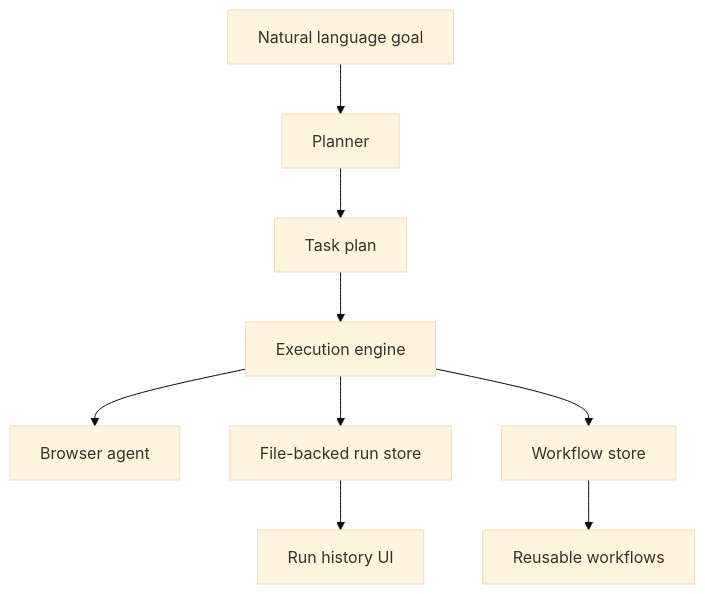
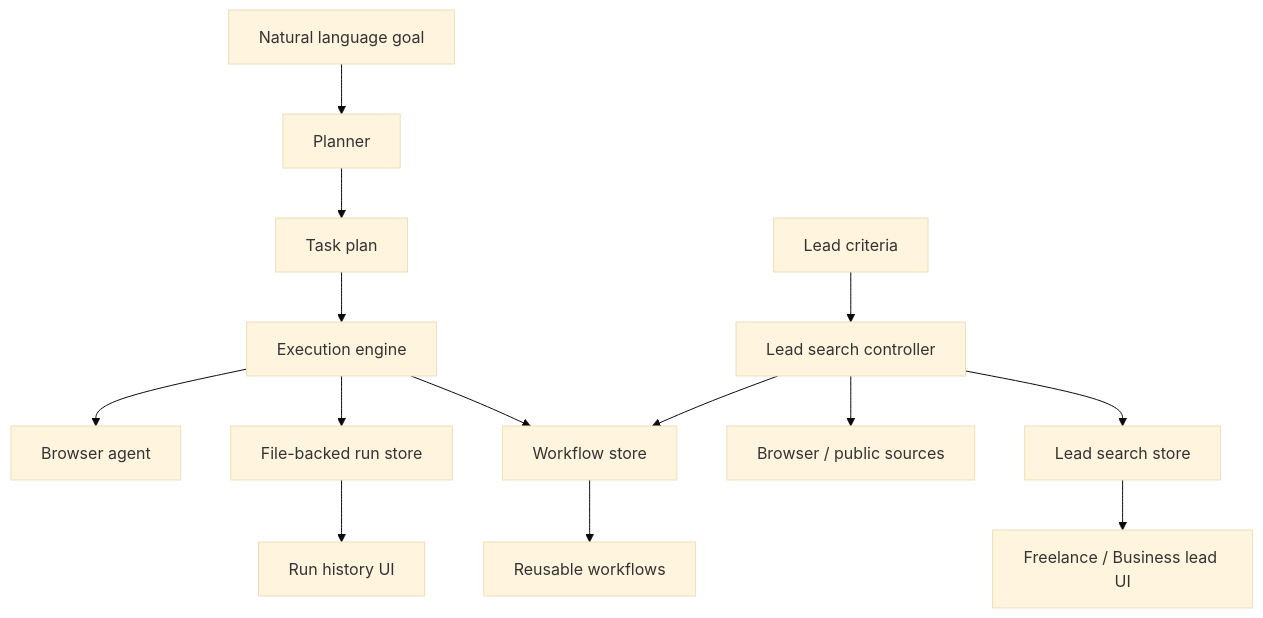
One commit to hellojakesmith/Legwork changed the diagram in docs/ARCHITECTURE.md. Above: the diagram before and after it, drawn with Mermaid (base theme). The commit also changed other lines of this file and 14 other files, not shown here.

````diff
--- a/docs/ARCHITECTURE.md
+++ b/docs/ARCHITECTURE.md
@@ -33,11 +35,16 @@
 ```mermaid
 flowchart TD
   A["Natural language goal"] --> B["Planner"]
   B --> C["Task plan"]
   C --> D["Execution engine"]
   D --> E["Browser agent"]
   D --> F["File-backed run store"]
   D --> G["Workflow store"]
   F --> H["Run history UI"]
   G --> I["Reusable workflows"]
+  J["Lead criteria"] --> K["Lead search controller"]
+  K --> L["Browser / public sources"]
+  K --> M["Lead search store"]
+  K --> G
+  M --> N["Freelance / Business lead UI"]
 ```
````
